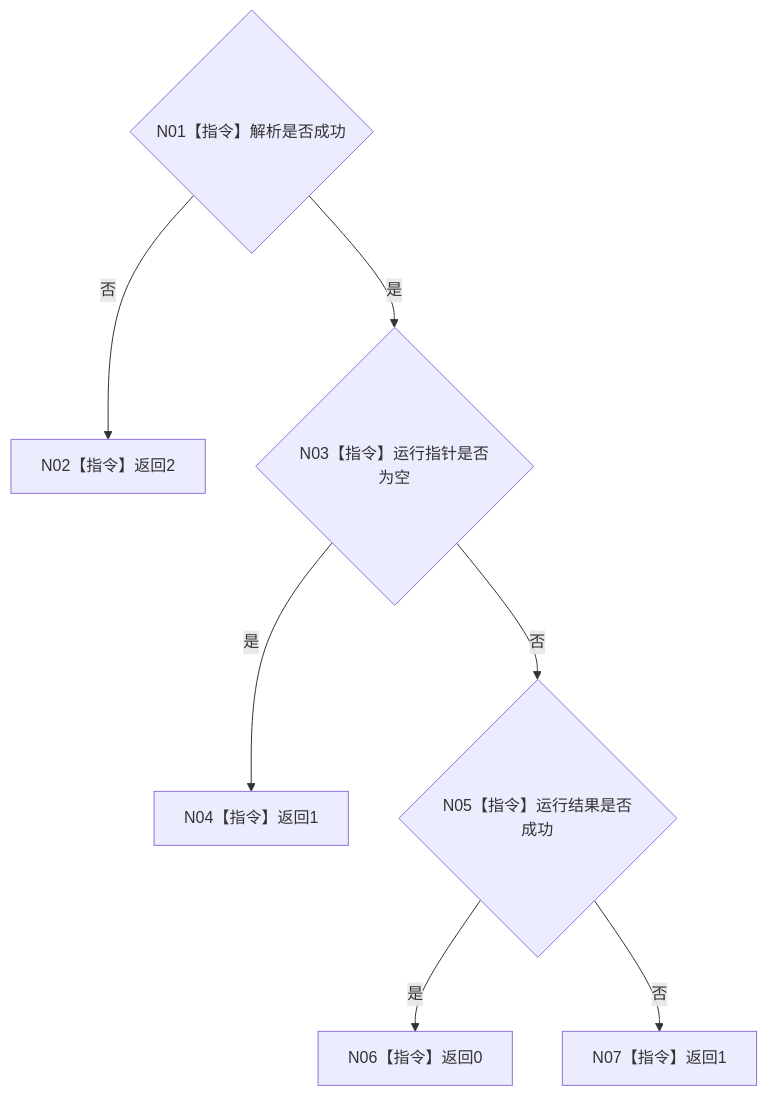
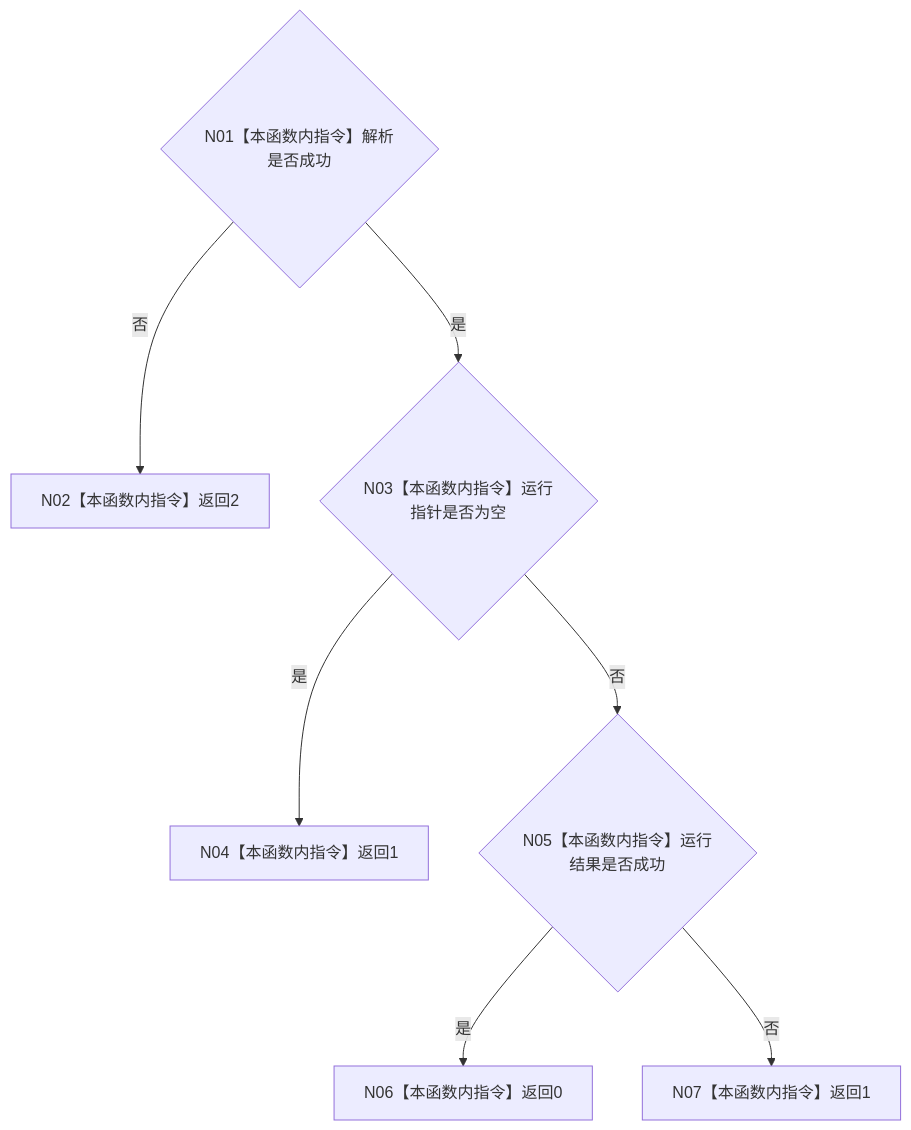
One commit to chunhaizh-cyber/HY-Ego changed the diagram in 流程图/20260726_ENTRY-ONLY_F03_映射进程退出码_施工流程图_v0.1.md. Above: the diagram before and after it, drawn with Mermaid. The commit also changed other lines of this file and 88 other files, not shown here.

````diff
--- a/流程图/20260726_ENTRY-ONLY_F03_映射进程退出码_施工流程图_v0.1.md
+++ b/流程图/20260726_ENTRY-ONLY_F03_映射进程退出码_施工流程图_v0.1.md
@@ -8,9 +28,9 @@
 ```mermaid
 flowchart TD
-    N01{"N01【指令】解析是否成功"} -- "否" --> N02["N02【指令】返回2"]
-    N01 -- "是" --> N03{"N03【指令】运行指针是否为空"}
-    N03 -- "是" --> N04["N04【指令】返回1"]
-    N03 -- "否" --> N05{"N05【指令】运行结果是否成功"}
-    N05 -- "是" --> N06["N06【指令】返回0"]
-    N05 -- "否" --> N07["N07【指令】返回1"]
+    N01{"N01【本函数内指令】解析是否成功"} -- "否" --> N02["N02【本函数内指令】返回2"]
+    N01 -- "是" --> N03{"N03【本函数内指令】运行指针是否为空"}
+    N03 -- "是" --> N04["N04【本函数内指令】返回1"]
+    N03 -- "否" --> N05{"N05【本函数内指令】运行结果是否成功"}
+    N05 -- "是" --> N06["N06【本函数内指令】返回0"]
+    N05 -- "否" --> N07["N07【本函数内指令】返回1"]
 ```
````
